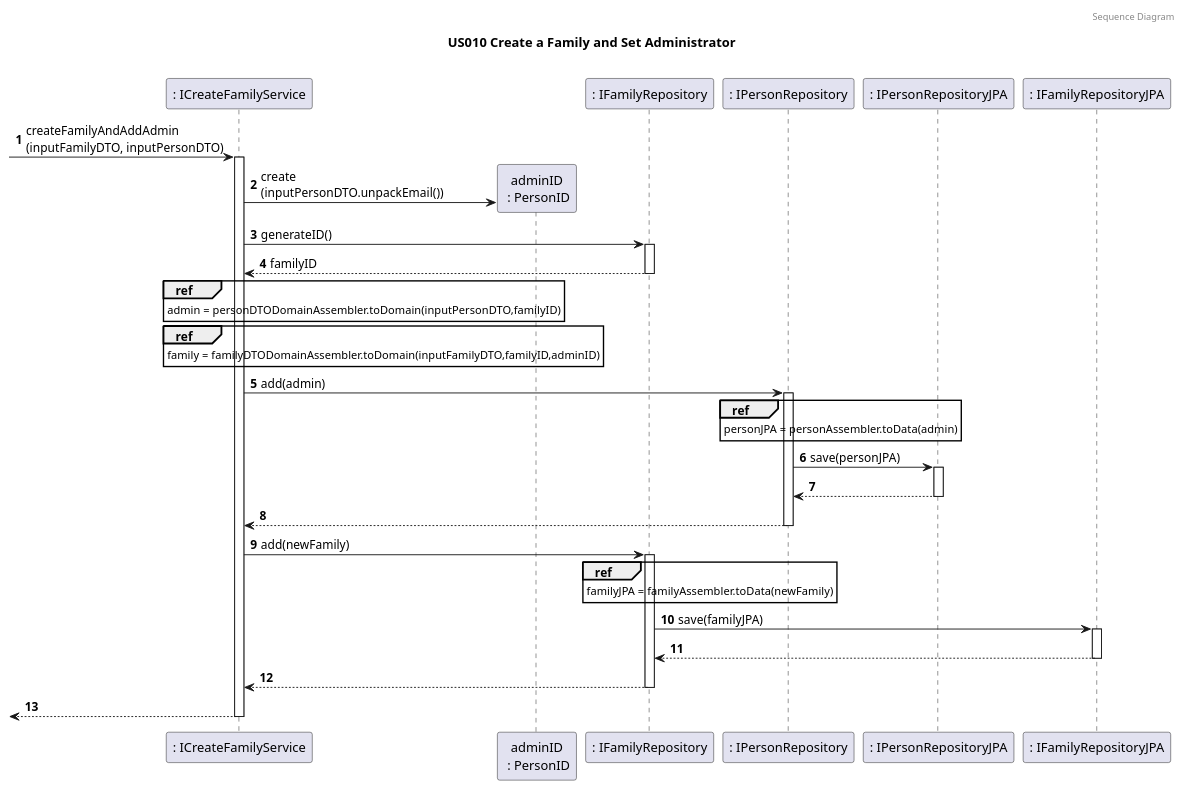
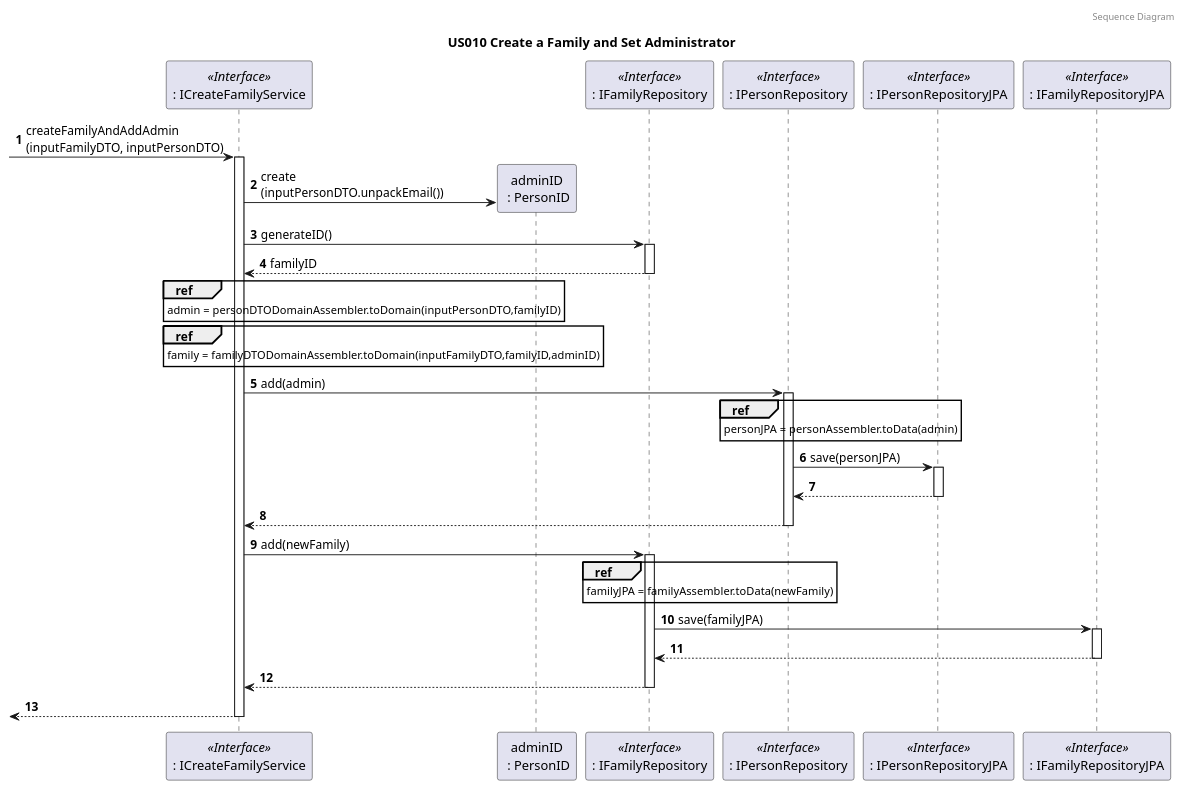
Before and after one commit to tomas-osswald/switch_2020_g3: the third of 8 diagrams in docs/sprint4/user_stories/US010_CreateAFamilyAndSetAdministrator.md, drawn with PlantUML. The commit also changed other lines of this file, not shown here.

Commit message:
changed SDs to match established namings and include interface stereotypes

`````diff
--- a/docs/sprint4/user_stories/US010_CreateAFamilyAndSetAdministrator.md
+++ b/docs/sprint4/user_stories/US010_CreateAFamilyAndSetAdministrator.md
@@ -108,63 +108,63 @@
 ````puml
 @startuml
 
 autonumber
 header Sequence Diagram
 title US010 Create a Family and Set Administrator
 
 
-participant ": ICreateFamilyService" as FamAdminService
+participant ": ICreateFamilyService" as FamAdminService <<Interface>>
 participant "adminID\n : PersonID" as adminID
-participant ": IFamilyRepository" as familyRepository
-participant ": IPersonRepository" as personRepository
-participant ": IPersonRepositoryJPA" as personRepositoryJPA
-participant ": IFamilyRepositoryJPA" as familyRepositoryJPA
+participant ": IFamilyRepository" as familyRepository <<Interface>>
+participant ": IPersonRepository" as personRepository <<Interface>>
+participant ": IPersonRepositoryJPA" as personRepositoryJPA <<Interface>>
+participant ": IFamilyRepositoryJPA" as familyRepositoryJPA <<Interface>>
 
 note left: especificar nome da instância no participant?
 
 -> FamAdminService : createFamilyAndAddAdmin\n(inputFamilyDTO, inputPersonDTO)
 activate FamAdminService
 
 FamAdminService -> adminID ** : create\n(inputPersonDTO.unpackEmail())
 
 FamAdminService -> familyRepository : generateID()
 activate familyRepository
 return familyID
 
 ref over FamAdminService
 admin = personDTODomainAssembler.toDomain(inputPersonDTO,familyID)
 end ref
 
 ref over FamAdminService
 family = familyDTODomainAssembler.toDomain(inputFamilyDTO,familyID,adminID)
 end ref
 
 FamAdminService -> personRepository: add(admin)
 activate personRepository
 
 ref over personRepository
 personJPA = personAssembler.toData(admin)
 end ref
 
 personRepository -> personRepositoryJPA: save(personJPA)
 activate personRepositoryJPA
 return
 return
 
 FamAdminService -> familyRepository: add(newFamily)
 activate familyRepository
 
 ref over familyRepository
 familyJPA = familyAssembler.toData(newFamily)
 end ref
 
 familyRepository -> familyRepositoryJPA : save(familyJPA)
 activate familyRepositoryJPA
 return
 
 return
 
 return
 
 @enduml
 ````
`````
